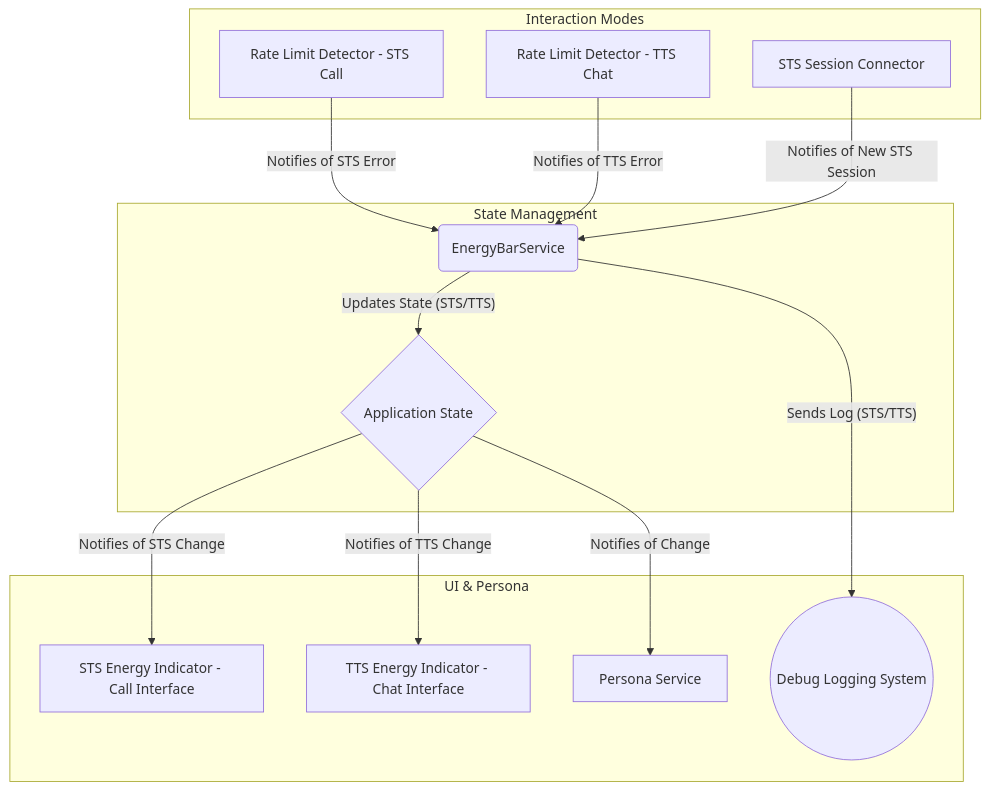
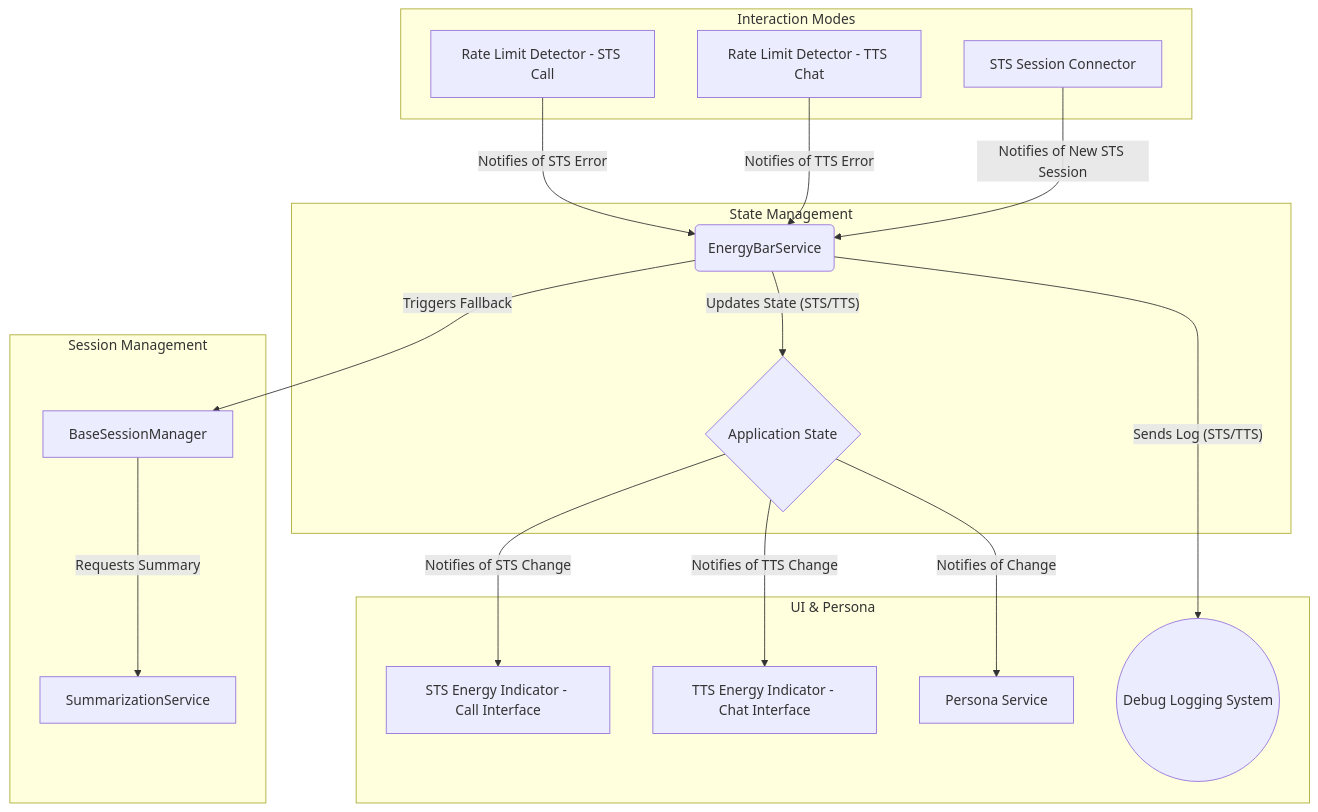
The diagram in docs/specs/energy-bar-system/design.md (gemini-chan/gemini-chan.github.io), drawn with Mermaid before and after one commit. The commit also changed other lines of this file and 5 other files, not shown here.

Commit message:
feat(docs): cross-link session-management spec with energy-bar

````diff
--- a/docs/specs/energy-bar-system/design.md
+++ b/docs/specs/energy-bar-system/design.md
@@ -17,29 +17,36 @@
 ```mermaid
 graph TD
     subgraph "Interaction Modes"
         A[Rate Limit Detector - STS Call]
         B[Rate Limit Detector - TTS Chat]
         C[STS Session Connector]
     end
 
     subgraph "State Management"
         D(EnergyBarService)
         E{Application State}
     end
 
+    subgraph "Session Management"
+        J[BaseSessionManager]
+        K[SummarizationService]
+    end
+
     subgraph "UI & Persona"
         F[STS Energy Indicator - Call Interface]
         G[TTS Energy Indicator - Chat Interface]
         H[Persona Service]
         I((Debug Logging System))
     end
 
     A -- "Notifies of STS Error" --> D;
     B -- "Notifies of TTS Error" --> D;
     C -- "Notifies of New STS Session" --> D;
     D -- "Updates State (STS/TTS)" --> E;
+    D -- "Triggers Fallback" --> J;
+    J -- "Requests Summary" --> K;
     E -- "Notifies of STS Change" --> F;
     E -- "Notifies of TTS Change" --> G;
     E -- "Notifies of Change" --> H;
     D -- "Sends Log (STS/TTS)" --> I;
 ```
````
